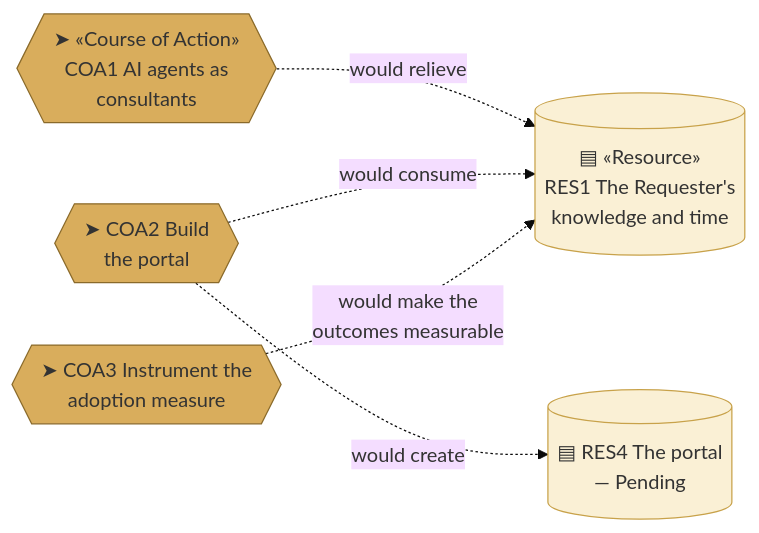
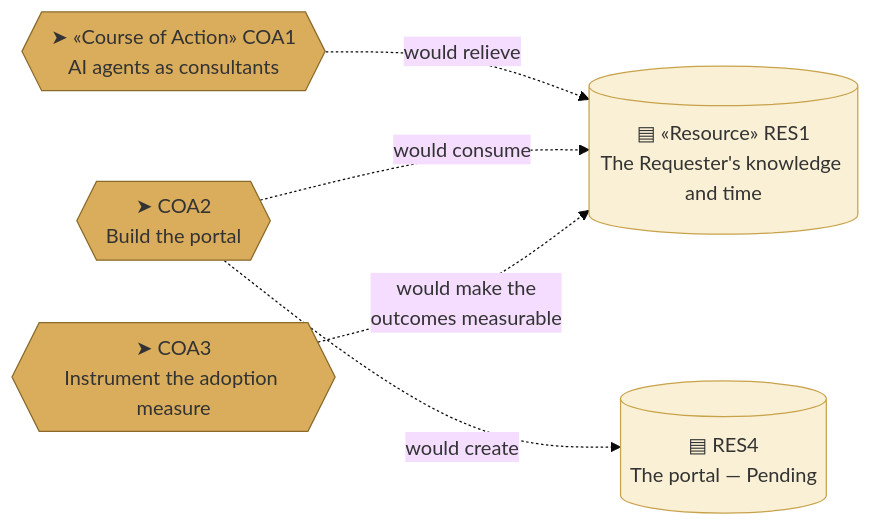
The sixth of 6 diagrams in organization/docs/ea/1_strategy/2_capabilities-and-resources.md (roanboc/architecture-archreator), drawn with Mermaid (base theme) before and after one commit. The commit also changed other lines of this file and 6 other files, not shown here.

````diff
--- a/organization/docs/ea/1_strategy/2_capabilities-and-resources.md
+++ b/organization/docs/ea/1_strategy/2_capabilities-and-resources.md
@@ -267,17 +267,17 @@
 ```mermaid
 flowchart LR
-  coa1{{"➤ «Course of Action»<br>COA1 AI agents as<br>consultants"}}:::action
-  coa2{{"➤ COA2 Build<br>the portal"}}:::action
-  coa3{{"➤ COA3 Instrument the<br>adoption measure"}}:::action
+  coa1{{"➤ «Course of Action» COA1<br>AI agents as consultants"}}:::action
+  coa2{{"➤ COA2<br>Build the portal"}}:::action
+  coa3{{"➤ COA3<br>Instrument the adoption measure"}}:::action
 
-  res1[("▤ «Resource»<br>RES1 The Requester's<br>knowledge and time")]:::resource
-  res4[("▤ RES4 The portal<br>— Pending")]:::resource
+  res1[("▤ «Resource» RES1<br>The Requester's knowledge and time")]:::resource
+  res4[("▤ RES4<br>The portal — Pending")]:::resource
 
   coa1 -.->|would relieve| res1
   coa2 -.->|would create| res4
   coa2 -.->|would consume| res1
   coa3 -.->|would make the<br>outcomes measurable| res1
 
   classDef action fill:#d9ad5c,stroke:#8a6a2a,color:#333
   classDef resource fill:#faf0d5,stroke:#c8a24a,color:#333
 ```
````
